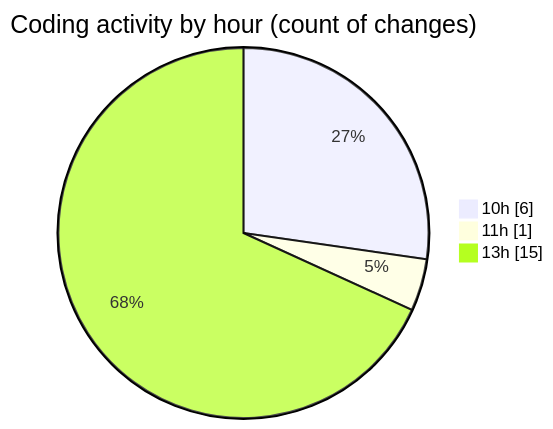
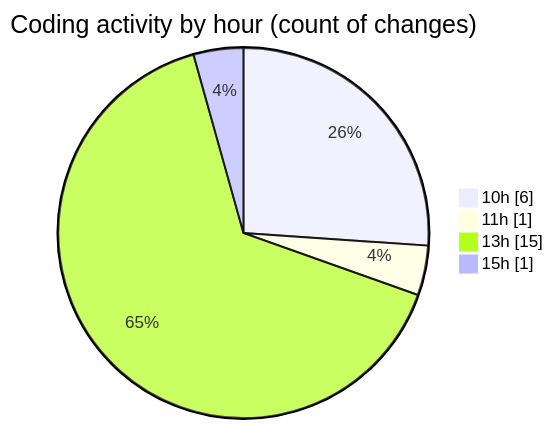
One commit to nxtqubesakshisongat/code-tracking changed the second of 2 diagrams in 2026-03-13/nxtqube_webapp/README.md. Above: the diagram before and after it, drawn with Mermaid. The commit also changed other lines of this file and 1 other file, not shown here.

````diff
--- a/2026-03-13/nxtqube_webapp/README.md
+++ b/2026-03-13/nxtqube_webapp/README.md
@@ -28,7 +30,8 @@
 ```mermaid
 pie showData
 title Coding activity by hour (count of changes)
 "10h" : 6
 "11h" : 1
 "13h" : 15
+"15h" : 1
 ```
````
